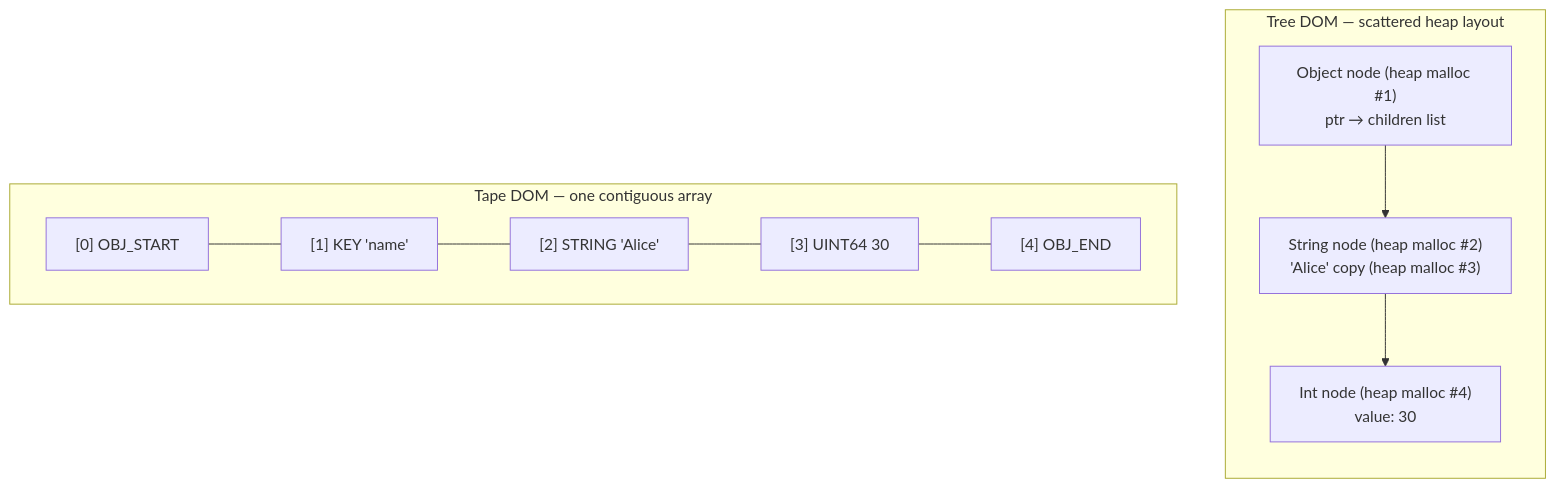
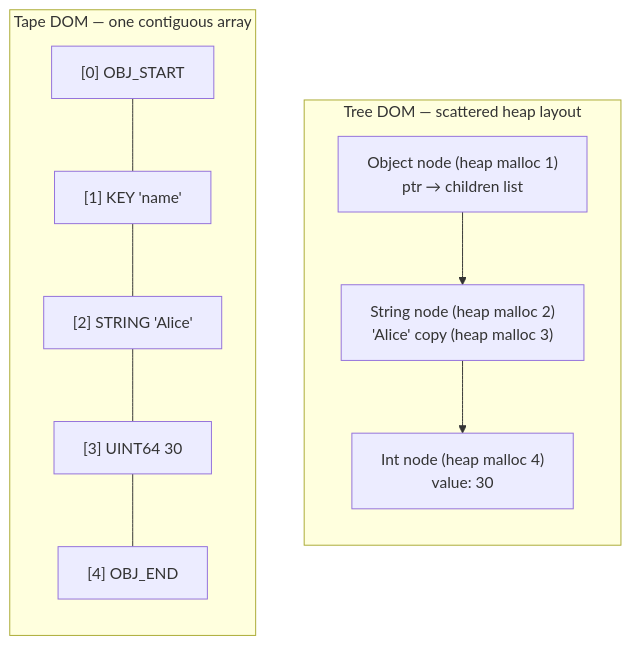
The first of 6 diagrams in docs/theory/architecture.md (the-lkb/beast-json), drawn with Mermaid before and after one commit. The commit also changed other lines of this file and 2 other files, not shown here.

Commit message:
fix: mobile hero overlap, mermaid clipping, and syntax errors
Mobile hero:
- Override VitePress's negative margins on .VPHero .image that caused
  the logo to overlap the title text on viewports < 960px
- Use flex-column layout so image renders below the copy, not on top of it

Mermaid syntax errors (3 occurrences in architecture.md):
- Replace unsupported <--> bidirectional arrows with undirected edges
  (---|"label ↕"| syntax) which render correctly in vitepress-plugin-mermaid

Mermaid text clipping:
- Set securityLevel: 'loose' in mermaid config so <br/> in node labels
  renders as actual line-breaks; in strict mode <br/> was stripped causing
  labels to run as a single long line that overflowed the node rect
- Add overflow: visible on .mermaid svg to prevent label clipping at SVG bounds

Tape DOM diagram direction:
- Change TAPE subgraph from direction LR → TB so tape nodes stack
  vertically instead of spreading horizontally (matching TREE subgraph)
  and no longer becoming too narrow to read on mobile

https://claude.ai/code/session_01RuxmifedqibUYNmNg8dV62

````diff
--- a/docs/theory/architecture.md
+++ b/docs/theory/architecture.md
@@ -11,20 +11,20 @@
 ```mermaid
 flowchart TB
     subgraph TREE["Tree DOM — scattered heap layout"]
         direction TB
-        ROOT["Object node (heap malloc #1)<br/>ptr → children list"]
-        N1["String node (heap malloc #2)<br/>'Alice' copy (heap malloc #3)"]
-        N2["Int node (heap malloc #4)<br/>value: 30"]
+        ROOT["Object node (heap malloc 1)<br/>ptr → children list"]
+        N1["String node (heap malloc 2)<br/>'Alice' copy (heap malloc 3)"]
+        N2["Int node (heap malloc 4)<br/>value: 30"]
         ROOT --> N1 --> N2
     end
 
     subgraph TAPE["Tape DOM — one contiguous array"]
-        direction LR
+        direction TB
         T0["[0] OBJ_START"]
         T1["[1] KEY 'name'"]
         T2["[2] STRING 'Alice'"]
         T3["[3] UINT64 30"]
         T4["[4] OBJ_END"]
         T0 --- T1 --- T2 --- T3 --- T4
     end
 ```
````
